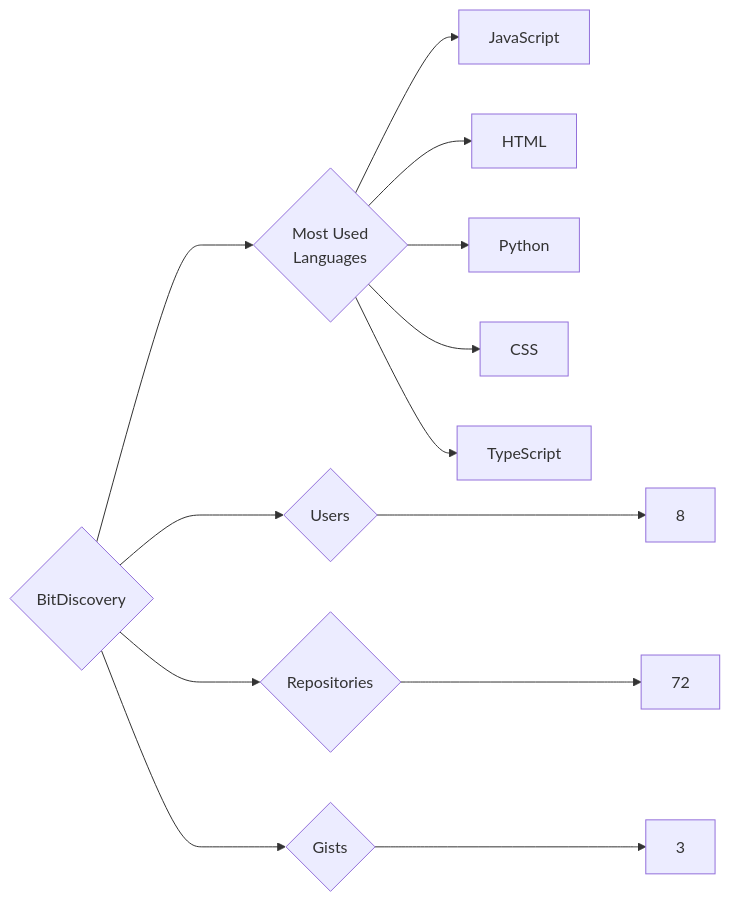
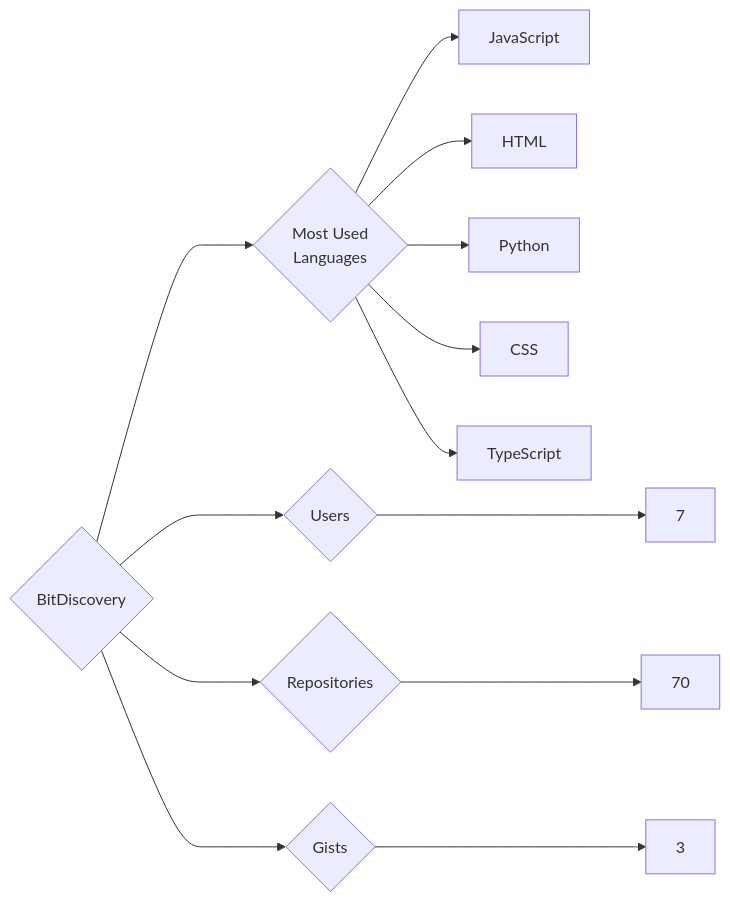
Before and after one commit to trickest/insiders: the diagram in targets/BitDiscovery/README.md, drawn with Mermaid. The commit also changed 942 other files, not shown here.

````diff
--- a/targets/BitDiscovery/README.md
+++ b/targets/BitDiscovery/README.md
@@ -3,13 +3,13 @@
 ```mermaid
 graph LR
 COMPANY_NAME{BitDiscovery}
-COMPANY_NAME ---> U{Users} ---> UN[8]
-COMPANY_NAME ---> R{Repositories} ---> RN[72]
+COMPANY_NAME ---> U{Users} ---> UN[7]
+COMPANY_NAME ---> R{Repositories} ---> RN[70]
 COMPANY_NAME ---> G{Gists} ---> GN[3]
 COMPANY_NAME ---> ML{Most Used<br>Languages}
 ML --> JavaScript[JavaScript]
 ML --> HTML[HTML]
 ML --> Python[Python]
 ML --> CSS[CSS]
 ML --> TypeScript[TypeScript]
 ```
````
